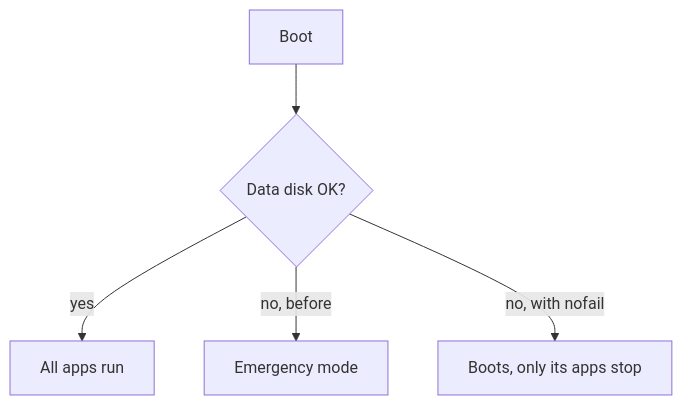
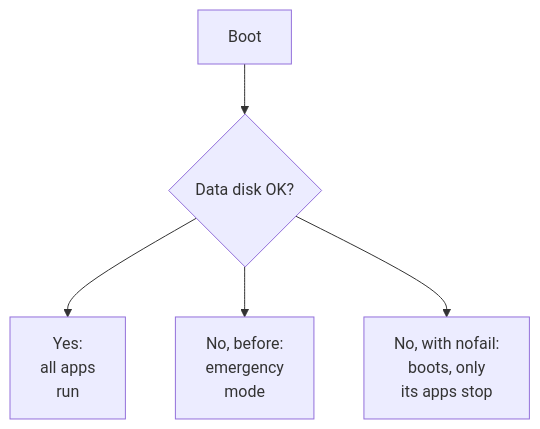
Before and after one commit to ernestopoca14/ernestopoca14.github.io: the diagram in content/posts/my-hard-drive-died.md, drawn with Mermaid. The commit also changed 2 other files, not shown here.

Commit message:
Diagrams: labels inside the boxes, no text on arrows (#14)

````diff
--- a/content/posts/my-hard-drive-died.md
+++ b/content/posts/my-hard-drive-died.md
@@ -40,7 +40,7 @@
 ```mermaid
 flowchart TD
   B[Boot] --> Q{Data disk OK?}
-  Q -->|yes| OK[All apps run]
-  Q -->|no, before| E[Emergency mode]
-  Q -->|no, with nofail| P[Boots, only its apps stop]
+  Q --> OK[Yes:<br/>all apps<br/>run]
+  Q --> E[No, before:<br/>emergency<br/>mode]
+  Q --> P[No, with nofail:<br/>boots, only<br/>its apps stop]
 ```
````
